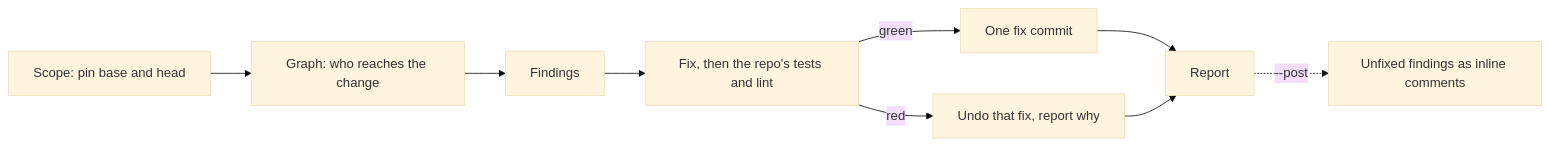
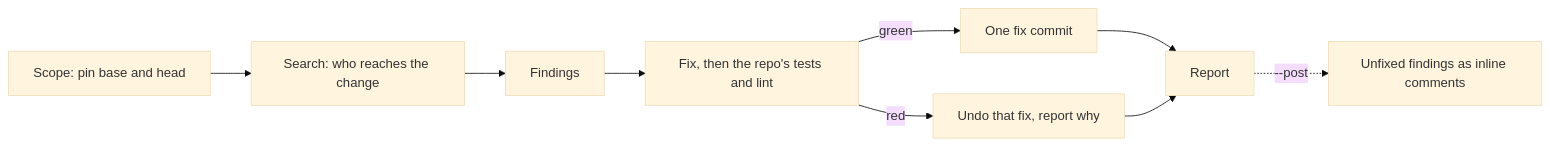
The diagram in skills/thurview-fix/SKILL.md (Thurbeen/thurview), drawn with Mermaid (base theme) before and after one commit. The commit also changed other lines of this file and 27 other files, not shown here.

First line of the commit message:
feat(skill): find callers and tests with the agent's own search instead of a code graph (#51)

````diff
--- a/skills/thurview-fix/SKILL.md
+++ b/skills/thurview-fix/SKILL.md
@@ -14,11 +14,11 @@
 ```mermaid
 flowchart LR
-  A[Scope: pin base and head] --> B[Graph: who reaches the change]
+  A[Scope: pin base and head] --> B[Search: who reaches the change]
   B --> C[Findings]
   C --> D[Fix, then the repo's tests and lint]
   D -->|green| E[One fix commit]
   D -->|red| F[Undo that fix, report why]
   E --> G[Report]
   F --> G
   G -.->|--post| H[Unfixed findings as inline comments]
 ```
````
